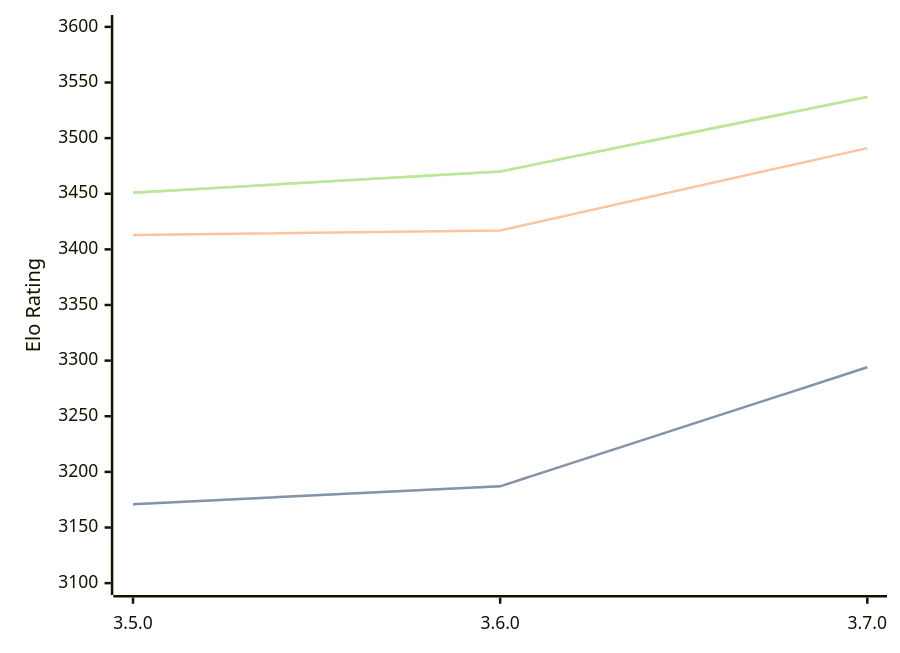
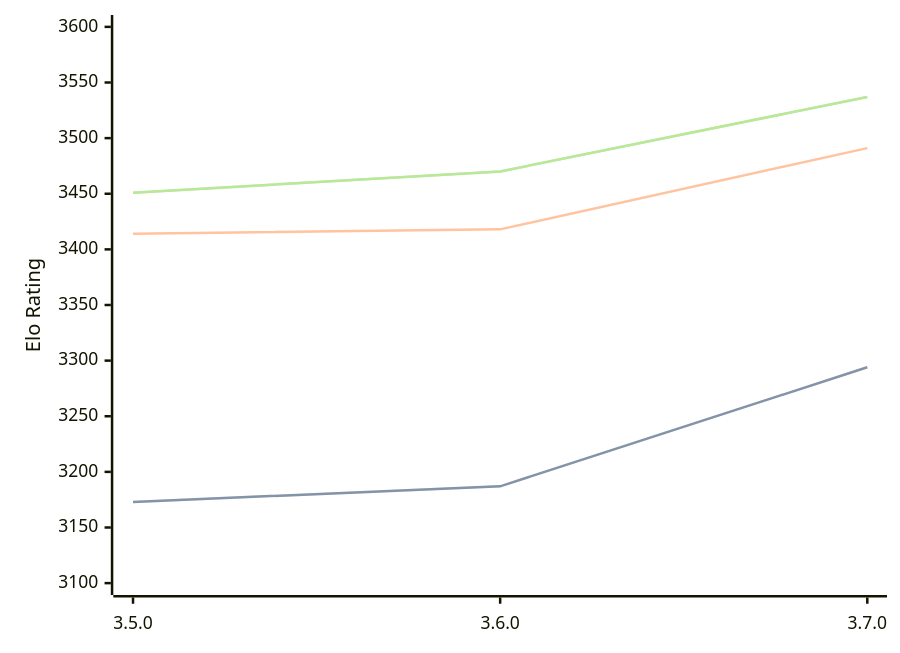
The diagram in engines/Igel.md (computer-chess-index/cci), drawn with Mermaid before and after one commit. The commit also changed other lines of this file, not shown here.

````diff
--- a/engines/Igel.md
+++ b/engines/Igel.md
@@ -33,11 +33,11 @@
 ```mermaid
 %%{init: {"theme":"base","themeVariables":{"seriesColors:['#a3a3a3','#222221','#faa371']}}}%%
 xychart-beta
   x-axis ["3.5.0", "3.6.0", "3.7.0"]
   y-axis "Elo Rating" 3100 --> 3600
-  line "" [3171, 3187, 3294]
-  line "STC (8.0+0.08s)" [3171, 3187, 3294]
-  line "LTC (60.0+0.60s)" [3413, 3417, 3491]
+  line "" [3173, 3187, 3294]
+  line "STC (8.0+0.08s)" [3173, 3187, 3294]
+  line "LTC (60.0+0.60s)" [3414, 3418, 3491]
   line "" [3451, 3470, 3537]
   line "VLTC (2m24s+1.12s)" [3451, 3470, 3537]
 ```
````
